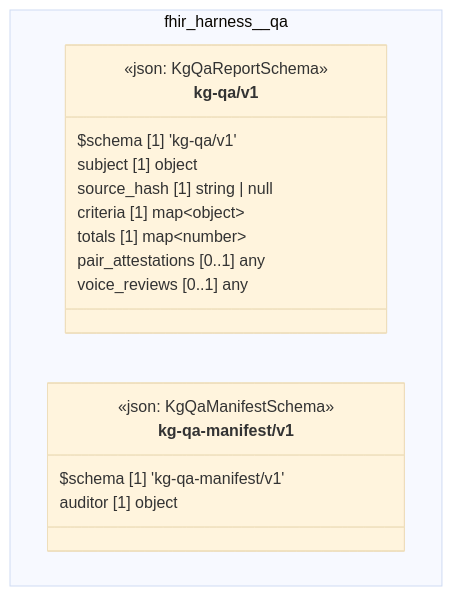
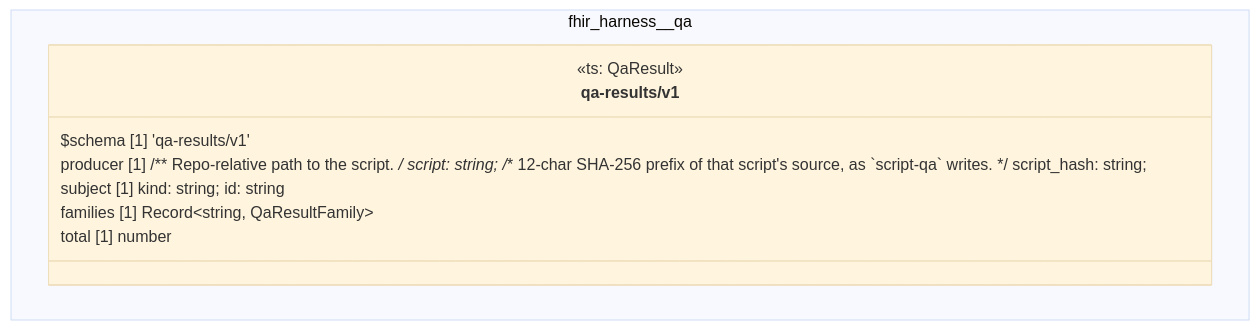
The diagram in docs/uml/overview/fhir-harness/qa.md (litlfred/cat-harness), drawn with Mermaid (base theme) before and after one commit. The commit also changed other lines of this file and 406 other files, not shown here.

````diff
--- a/docs/uml/overview/fhir-harness/qa.md
+++ b/docs/uml/overview/fhir-harness/qa.md
@@ -42,23 +42,15 @@
 ```mermaid
 classDiagram
   direction TB
   namespace fhir_harness__qa {
-    class fhir_harness_qa_kg_qa_v1_kg_qa_v1["kg-qa/v1"] {
-      <<json: KgQaReportSchema>>
-      $schema [1] 'kg-qa/v1'
-      subject [1] object
-      source_hash [1] string | null
-      criteria [1] map~object~
-      totals [1] map~number~
-      pair_attestations [0..1] any
-      voice_reviews [0..1] any
-    }
-    class fhir_harness_qa_kg_qa_manifest_v1_kg_qa_manifest_v1["kg-qa-manifest/v1"] {
-      <<json: KgQaManifestSchema>>
-      $schema [1] 'kg-qa-manifest/v1'
-      auditor [1] object
+    class fhir_harness_qa_qa_results_v1["qa-results/v1"] {
+      <<ts: QaResult>>
+      $schema [1] 'qa-results/v1'
+      producer [1]  /** Repo-relative path to the script. */ script: string; /** 12-char SHA-256 prefix of that script's source, as `script-qa` writes. */ script_hash: string; 
+      subject [1]  kind: string; id: string 
+      families [1] Record~string, QaResultFamily~
+      total [1] number
     }
   }
-  cssClass "fhir_harness_qa_kg_qa_v1_kg_qa_v1" fa_uml_kind_qa
-  cssClass "fhir_harness_qa_kg_qa_manifest_v1_kg_qa_manifest_v1" fa_uml_kind_qa
+  cssClass "fhir_harness_qa_qa_results_v1" fa_uml_kind_qa
 ```
````
